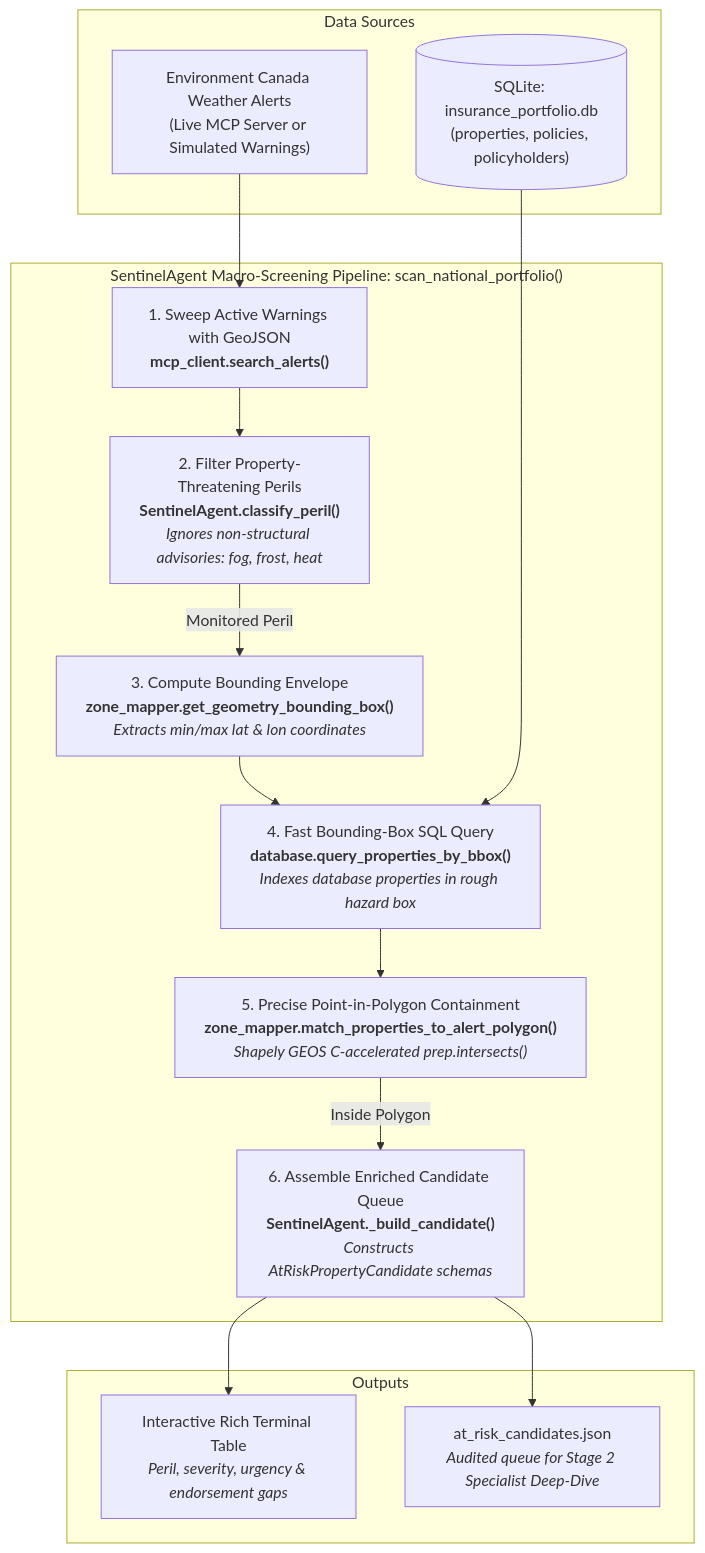
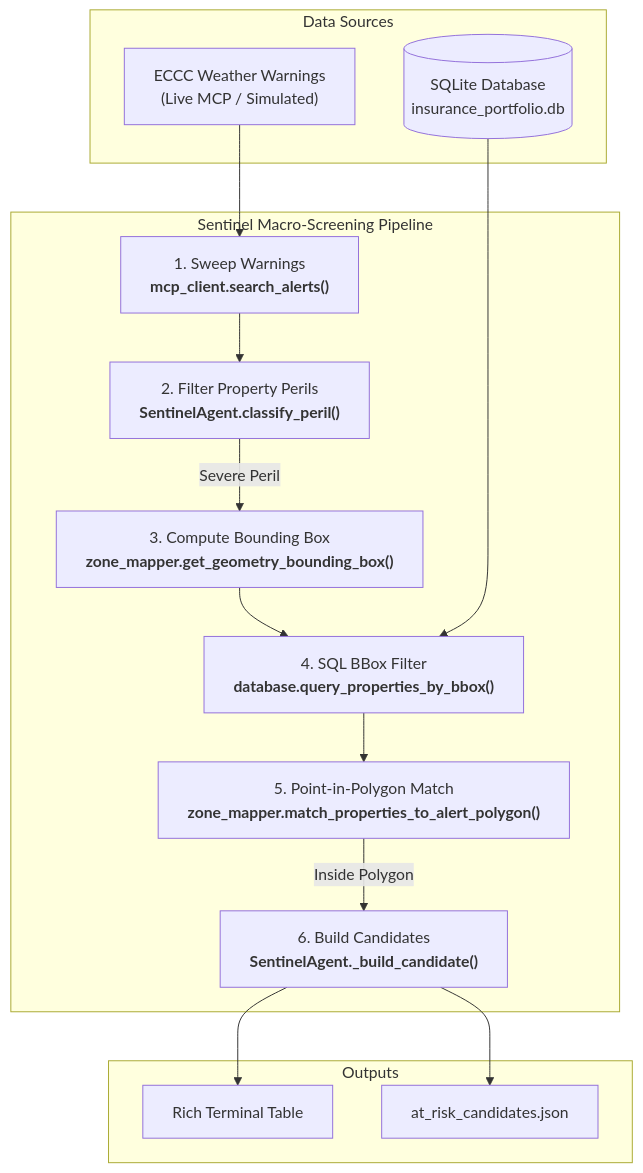
One commit to halizz821/home_insurance_mitigation changed the diagram in sentinel_system/README.md. Above: the diagram before and after it, drawn with Mermaid.

Commit message:
docs: streamline Mermaid diagram in sentinel_system README for readability

````diff
--- a/sentinel_system/README.md
+++ b/sentinel_system/README.md
@@ -42,35 +42,35 @@
 ```mermaid
 flowchart TD
     %% Data Sources
     subgraph Sources ["Data Sources"]
-        ECCC["Environment Canada Weather Alerts<br/>(Live MCP Server or Simulated Warnings)"]
-        DB[("SQLite: insurance_portfolio.db<br/>(properties, policies, policyholders)")]
+        ECCC["ECCC Weather Warnings<br/>(Live MCP / Simulated)"]
+        DB[("SQLite Database<br/>insurance_portfolio.db")]
     end
 
     %% Sentinel Pipeline
-    subgraph Pipeline ["SentinelAgent Macro-Screening Pipeline: scan_national_portfolio()"]
-        A["1. Sweep Active Warnings with GeoJSON<br/><b>mcp_client.search_alerts()</b>"]
-        B["2. Filter Property-Threatening Perils<br/><b>SentinelAgent.classify_peril()</b><br/><i>Ignores non-structural advisories: fog, frost, heat</i>"]
-        C["3. Compute Bounding Envelope<br/><b>zone_mapper.get_geometry_bounding_box()</b><br/><i>Extracts min/max lat & lon coordinates</i>"]
-        D["4. Fast Bounding-Box SQL Query<br/><b>database.query_properties_by_bbox()</b><br/><i>Indexes database properties in rough hazard box</i>"]
-        E["5. Precise Point-in-Polygon Containment<br/><b>zone_mapper.match_properties_to_alert_polygon()</b><br/><i>Shapely GEOS C-accelerated prep.intersects()</i>"]
-        F["6. Assemble Enriched Candidate Queue<br/><b>SentinelAgent._build_candidate()</b><br/><i>Constructs AtRiskPropertyCandidate schemas</i>"]
+    subgraph Pipeline ["Sentinel Macro-Screening Pipeline"]
+        A["1. Sweep Warnings<br/><b>mcp_client.search_alerts()</b>"]
+        B["2. Filter Property Perils<br/><b>SentinelAgent.classify_peril()</b>"]
+        C["3. Compute Bounding Box<br/><b>zone_mapper.get_geometry_bounding_box()</b>"]
+        D["4. SQL BBox Filter<br/><b>database.query_properties_by_bbox()</b>"]
+        E["5. Point-in-Polygon Match<br/><b>zone_mapper.match_properties_to_alert_polygon()</b>"]
+        F["6. Build Candidates<br/><b>SentinelAgent._build_candidate()</b>"]
 
         A --> B
-        B -->|Monitored Peril| C
+        B -->|Severe Peril| C
         C --> D
         D --> E
         E -->|Inside Polygon| F
     end
 
     %% Outputs
     subgraph Outputs ["Outputs"]
-        CLI["Interactive Rich Terminal Table<br/><i>Peril, severity, urgency & endorsement gaps</i>"]
-        JSON["at_risk_candidates.json<br/><i>Audited queue for Stage 2 Specialist Deep-Dive</i>"]
+        CLI["Rich Terminal Table"]
+        JSON["at_risk_candidates.json"]
     end
 
     ECCC --> A
     DB --> D
     F --> CLI
     F --> JSON
 ```
````
